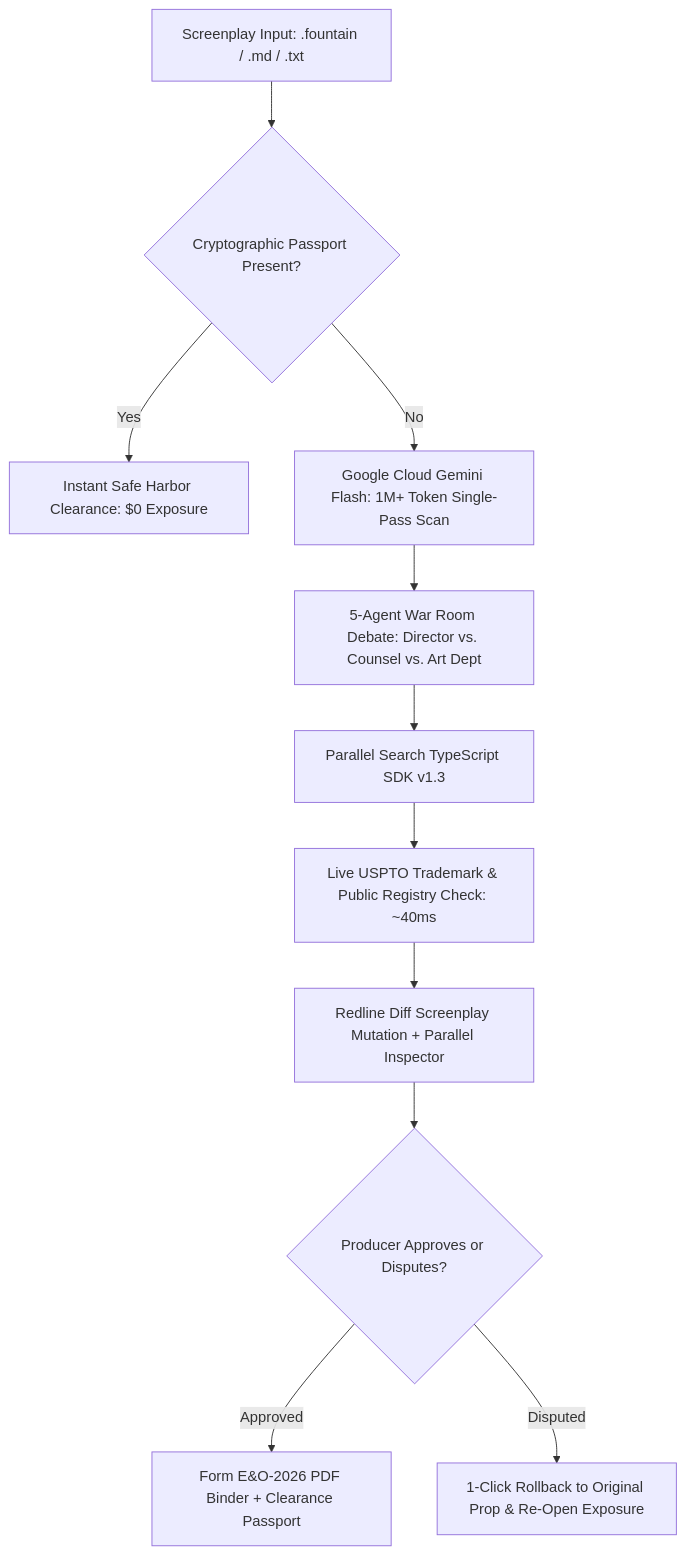
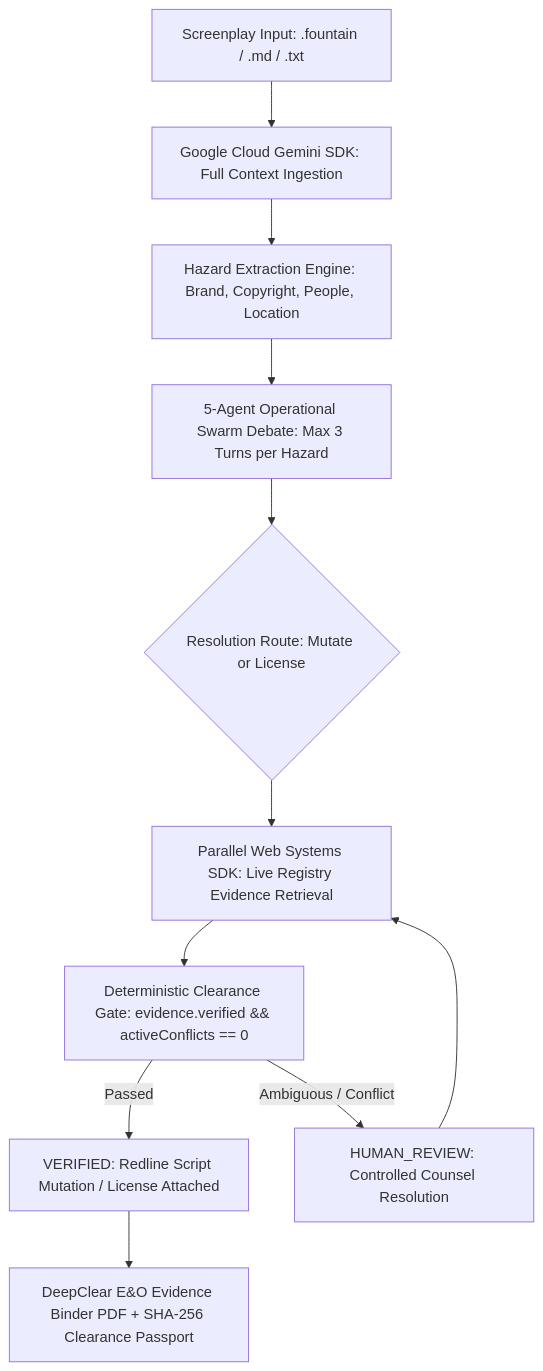
One commit to miracles2motion/deepclear-studio changed the diagram in README.md. Above: the diagram before and after it, drawn with Mermaid. The commit also changed other lines of this file, not shown here.

````diff
--- a/README.md
+++ b/README.md
@@ -63,13 +62,13 @@
 ```mermaid
 flowchart TD
-    A[Screenplay Input: .fountain / .md / .txt] --> B{Cryptographic Passport Present?}
-    B -- Yes --> C[Instant Safe Harbor Clearance: $0 Exposure]
-    B -- No --> D[Google Cloud Gemini Flash: 1M+ Token Single-Pass Scan]
-    D --> E[5-Agent War Room Debate: Director vs. Counsel vs. Art Dept]
-    E --> F[Parallel Search TypeScript SDK v1.3]
-    F --> G[Live USPTO Trademark & Public Registry Check: ~40ms]
-    G --> H[Redline Diff Screenplay Mutation + Parallel Inspector]
-    H --> I{Producer Approves or Disputes?}
-    I -- Approved --> J[Form E&O-2026 PDF Binder + Clearance Passport]
-    I -- Disputed --> K[1-Click Rollback to Original Prop & Re-Open Exposure]
+    A[Screenplay Input: .fountain / .md / .txt] --> B[Google Cloud Gemini SDK: Full Context Ingestion]
+    B --> C[Hazard Extraction Engine: Brand, Copyright, People, Location]
+    C --> D[5-Agent Operational Swarm Debate: Max 3 Turns per Hazard]
+    D --> E{Resolution Route: Mutate or License}
+    E --> F[Parallel Web Systems SDK: Live Registry Evidence Retrieval]
+    F --> G[Deterministic Clearance Gate: evidence.verified && activeConflicts == 0]
+    G -- Passed --> H[VERIFIED: Redline Script Mutation / License Attached]
+    G -- Ambiguous / Conflict --> I[HUMAN_REVIEW: Controlled Counsel Resolution]
+    I --> F
+    H --> J[DeepClear E&O Evidence Binder PDF + SHA-256 Clearance Passport]
 ```
````
